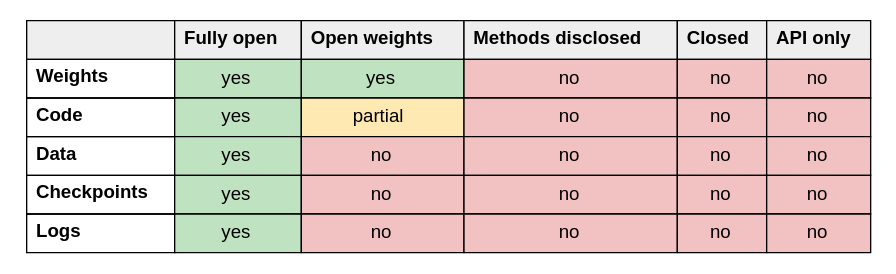
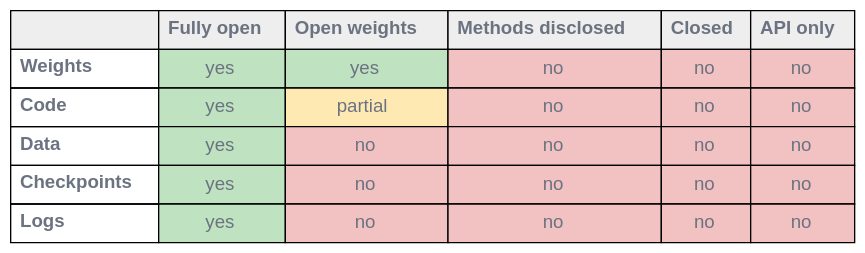
One commit to latere-ai/ai-as-an-infrastructure changed the first of 2 diagrams in en/p9-ecosystem/35-model-landscape.qmd. Above: the diagram before and after it, drawn with Graphviz. The commit also changed 186 other files, not shown here.

First line of the commit message:
book: visual audit pass on all diagrams and figures

````diff
--- a/en/p9-ecosystem/35-model-landscape.qmd
+++ b/en/p9-ecosystem/35-model-landscape.qmd
@@ -81,60 +81,61 @@
 ```{dot}
 //| label: fig-model-landscape-disclosure
 //| fig-cap: "The five disclosure dimensions against the openness tiers. A cell is the answer to one question: does this tier publish this artifact? Open weights ships runnable code and a report but not the full training pipeline, marked partial. After the fully open column, almost everything is withheld."
 digraph disclosure {
+  bgcolor="transparent";
   rankdir=TB;
-  node [shape=plaintext fontname="Helvetica"];
+  node [shape=plaintext fontname="Helvetica" fontcolor="#6b7280"];
   m [label=<
     <table border="0" cellborder="1" cellspacing="0" cellpadding="6">
       <tr>
         <td bgcolor="#eeeeee"></td>
         <td bgcolor="#eeeeee"><b>Fully open</b></td>
         <td bgcolor="#eeeeee"><b>Open weights</b></td>
         <td bgcolor="#eeeeee"><b>Methods disclosed</b></td>
         <td bgcolor="#eeeeee"><b>Closed</b></td>
         <td bgcolor="#eeeeee"><b>API only</b></td>
       </tr>
       <tr>
         <td align="left"><b>Weights</b></td>
         <td bgcolor="#bfe3c0">yes</td>
         <td bgcolor="#bfe3c0">yes</td>
         <td bgcolor="#f2c2c2">no</td>
         <td bgcolor="#f2c2c2">no</td>
         <td bgcolor="#f2c2c2">no</td>
       </tr>
       <tr>
         <td align="left"><b>Code</b></td>
         <td bgcolor="#bfe3c0">yes</td>
         <td bgcolor="#ffe9b3">partial</td>
         <td bgcolor="#f2c2c2">no</td>
         <td bgcolor="#f2c2c2">no</td>
         <td bgcolor="#f2c2c2">no</td>
       </tr>
       <tr>
         <td align="left"><b>Data</b></td>
         <td bgcolor="#bfe3c0">yes</td>
         <td bgcolor="#f2c2c2">no</td>
         <td bgcolor="#f2c2c2">no</td>
         <td bgcolor="#f2c2c2">no</td>
         <td bgcolor="#f2c2c2">no</td>
       </tr>
       <tr>
         <td align="left"><b>Checkpoints</b></td>
         <td bgcolor="#bfe3c0">yes</td>
         <td bgcolor="#f2c2c2">no</td>
         <td bgcolor="#f2c2c2">no</td>
         <td bgcolor="#f2c2c2">no</td>
         <td bgcolor="#f2c2c2">no</td>
       </tr>
       <tr>
         <td align="left"><b>Logs</b></td>
         <td bgcolor="#bfe3c0">yes</td>
         <td bgcolor="#f2c2c2">no</td>
         <td bgcolor="#f2c2c2">no</td>
         <td bgcolor="#f2c2c2">no</td>
         <td bgcolor="#f2c2c2">no</td>
       </tr>
     </table>
   >];
 }
 ```
````
